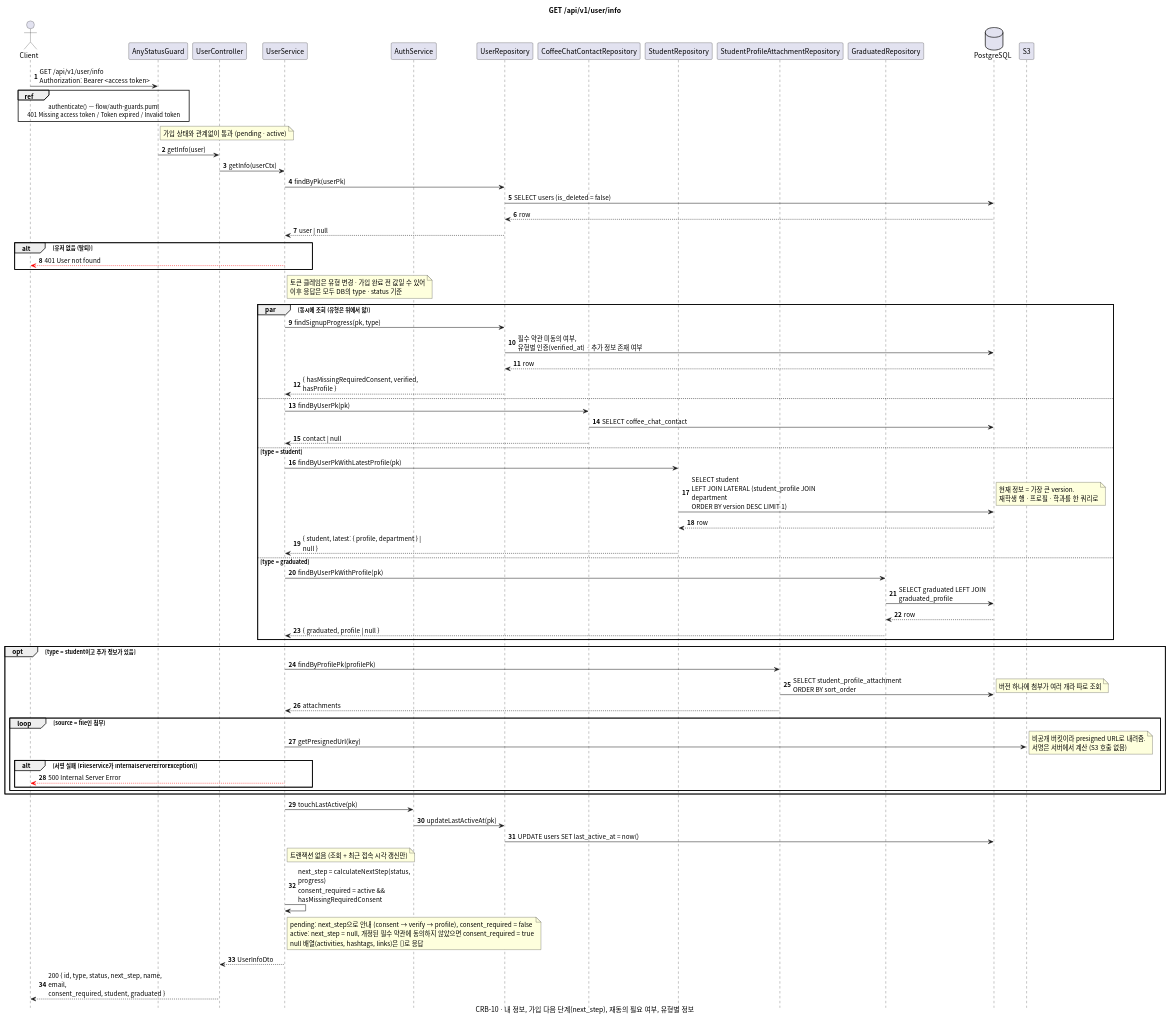
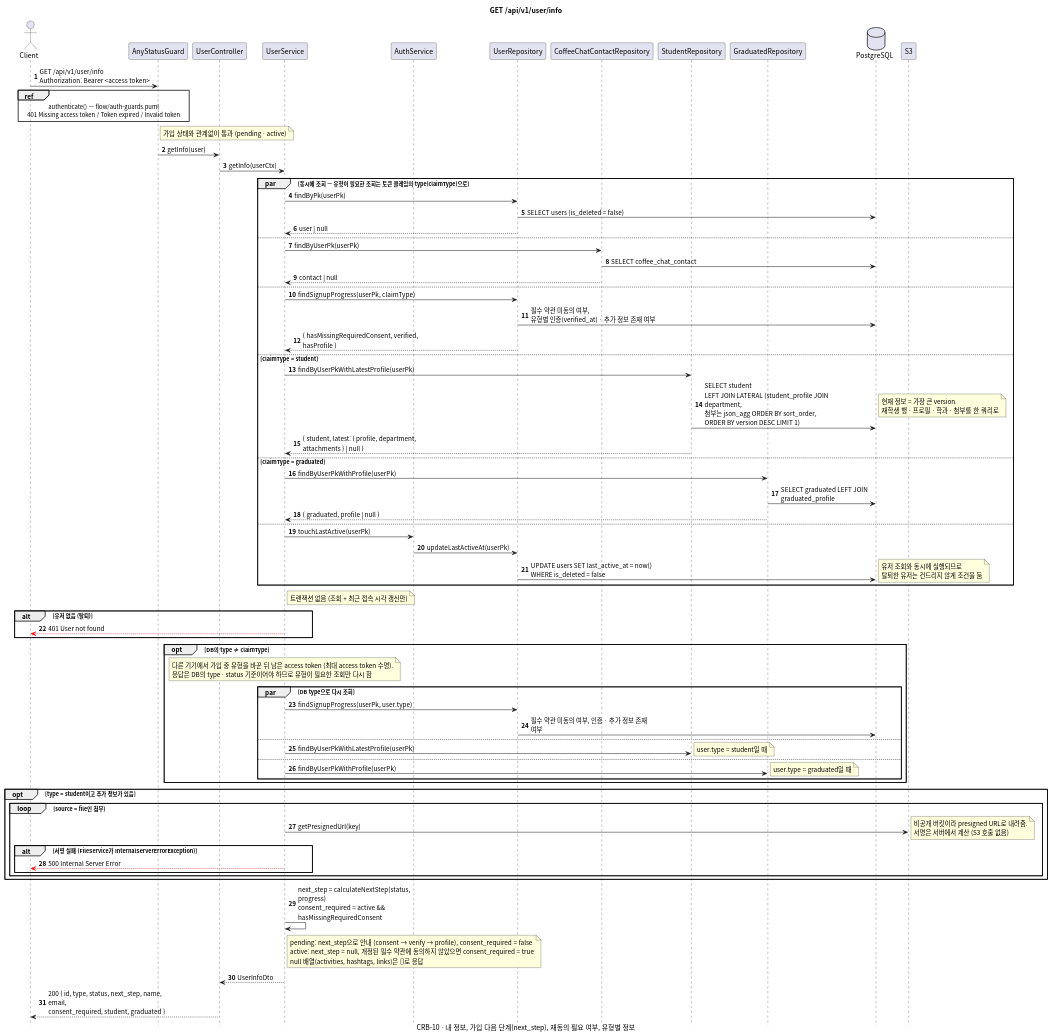
Before and after one commit to gsainfoteam/cheers-be: the diagram in docs/sequence/user/get-info.puml, drawn with PlantUML. The commit also changed 5 other files, not shown here.

First line of the commit message:
- refactor: query user info in parallel by token type and merge attachments with json_agg

```diff
--- a/docs/sequence/user/get-info.puml
+++ b/docs/sequence/user/get-info.puml
@@ -1,95 +1,101 @@
 @startuml get-info
 skinparam defaultFontName "Apple SD Gothic Neo", "Noto Sans CJK KR", sans-serif
 skinparam responseMessageBelowArrow true
 skinparam sequenceMessageAlign left
 skinparam maxMessageSize 260
 skinparam BoxPadding 8
 skinparam shadowing false
 autonumber
 hide footbox
 
 title GET /api/v1/user/info
 caption CRB-10 · 내 정보, 가입 다음 단계(next_step), 재동의 필요 여부, 유형별 정보
 
 actor Client
 participant "AnyStatusGuard" as Guard
 participant "UserController" as Controller
 participant "UserService" as Service
 participant "AuthService" as AuthService
 participant "UserRepository" as UserRepository
 participant "CoffeeChatContactRepository" as CoffeeChatContactRepository
 participant "StudentRepository" as StudentRepository
-participant "StudentProfileAttachmentRepository" as StudentProfileAttachmentRepository
 participant "GraduatedRepository" as GraduatedRepository
 database PostgreSQL
 participant "S3"
 
 Client -> Guard: GET /api/v1/user/info\nAuthorization: Bearer <access token>
 ref over Client, Guard: authenticate() — flow/auth-guards.puml\n401 Missing access token / Token expired / Invalid token
 note right of Guard: 가입 상태와 관계없이 통과 (pending · active)
 Guard -> Controller: getInfo(user)
 Controller -> Service: getInfo(userCtx)
 
-Service -> UserRepository: findByPk(userPk)
-UserRepository -> PostgreSQL: SELECT users (is_deleted = false)
-PostgreSQL --> UserRepository: row
-UserRepository --> Service: user | null
+par 동시에 조회 — 유형이 필요한 조회는 토큰 클레임의 type(claimType)으로
+  Service -> UserRepository: findByPk(userPk)
+  UserRepository -> PostgreSQL: SELECT users (is_deleted = false)
+  UserRepository --> Service: user | null
+else
+  Service -> CoffeeChatContactRepository: findByUserPk(userPk)
+  CoffeeChatContactRepository -> PostgreSQL: SELECT coffee_chat_contact
+  CoffeeChatContactRepository --> Service: contact | null
+else
+  Service -> UserRepository: findSignupProgress(userPk, claimType)
+  UserRepository -> PostgreSQL: 필수 약관 미동의 여부,\n유형별 인증(verified_at) · 추가 정보 존재 여부
+  UserRepository --> Service: { hasMissingRequiredConsent, verified, hasProfile }
+else claimType = student
+  Service -> StudentRepository: findByUserPkWithLatestProfile(userPk)
+  StudentRepository -> PostgreSQL: SELECT student\nLEFT JOIN LATERAL (student_profile JOIN department,\n첨부는 json_agg ORDER BY sort_order,\nORDER BY version DESC LIMIT 1)
+  note right: 현재 정보 = 가장 큰 version.\n재학생 행 · 프로필 · 학과 · 첨부를 한 쿼리로
+  StudentRepository --> Service: { student, latest: { profile, department, attachments } | null }
+else claimType = graduated
+  Service -> GraduatedRepository: findByUserPkWithProfile(userPk)
+  GraduatedRepository -> PostgreSQL: SELECT graduated LEFT JOIN graduated_profile
+  GraduatedRepository --> Service: { graduated, profile | null }
+else
+  Service -> AuthService: touchLastActive(userPk)
+  AuthService -> UserRepository: updateLastActiveAt(userPk)
+  UserRepository -> PostgreSQL: UPDATE users SET last_active_at = now()\nWHERE is_deleted = false
+  note right: 유저 조회와 동시에 실행되므로\n탈퇴한 유저는 건드리지 않게 조건을 둠
+end
+note right of Service: 트랜잭션 없음 (조회 + 최근 접속 시각 갱신만)
+
 alt 유저 없음 (탈퇴)
   Service -[#red]-> Client: 401 User not found
 end
-note right of Service
-  토큰 클레임은 유형 변경 · 가입 완료 전 값일 수 있어
-  이후 응답은 모두 DB의 type · status 기준
-end note
 
-par 동시에 조회 (유형은 위에서 앎)
-  Service -> UserRepository: findSignupProgress(pk, type)
-  UserRepository -> PostgreSQL: 필수 약관 미동의 여부,\n유형별 인증(verified_at) · 추가 정보 존재 여부
-  PostgreSQL --> UserRepository: row
-  UserRepository --> Service: { hasMissingRequiredConsent, verified, hasProfile }
-else
-  Service -> CoffeeChatContactRepository: findByUserPk(pk)
-  CoffeeChatContactRepository -> PostgreSQL: SELECT coffee_chat_contact
-  CoffeeChatContactRepository --> Service: contact | null
-else type = student
-  Service -> StudentRepository: findByUserPkWithLatestProfile(pk)
-  StudentRepository -> PostgreSQL: SELECT student\nLEFT JOIN LATERAL (student_profile JOIN department\nORDER BY version DESC LIMIT 1)
-  note right: 현재 정보 = 가장 큰 version.\n재학생 행 · 프로필 · 학과를 한 쿼리로
-  PostgreSQL --> StudentRepository: row
-  StudentRepository --> Service: { student, latest: { profile, department } | null }
-else type = graduated
-  Service -> GraduatedRepository: findByUserPkWithProfile(pk)
-  GraduatedRepository -> PostgreSQL: SELECT graduated LEFT JOIN graduated_profile
-  PostgreSQL --> GraduatedRepository: row
-  GraduatedRepository --> Service: { graduated, profile | null }
+opt DB의 type ≠ claimType
+  note over Service
+    다른 기기에서 가입 중 유형을 바꾼 뒤 남은 access token (최대 access token 수명).
+    응답은 DB의 type · status 기준이어야 하므로 유형이 필요한 조회만 다시 함
+  end note
+  par DB type으로 다시 조회
+    Service -> UserRepository: findSignupProgress(userPk, user.type)
+    UserRepository -> PostgreSQL: 필수 약관 미동의 여부, 인증 · 추가 정보 존재 여부
+  else
+    Service -> StudentRepository: findByUserPkWithLatestProfile(userPk)
+    note right: user.type = student일 때
+  else
+    Service -> GraduatedRepository: findByUserPkWithProfile(userPk)
+    note right: user.type = graduated일 때
+  end
 end
 
 opt type = student이고 추가 정보가 있음
-  Service -> StudentProfileAttachmentRepository: findByProfilePk(profilePk)
-  StudentProfileAttachmentRepository -> PostgreSQL: SELECT student_profile_attachment ORDER BY sort_order
-  note right: 버전 하나에 첨부가 여러 개라 따로 조회
-  StudentProfileAttachmentRepository --> Service: attachments
   loop source = file인 첨부
     Service -> S3: getPresignedUrl(key)
     note right: 비공개 버킷이라 presigned URL로 내려줌.\n서명은 서버에서 계산 (S3 호출 없음)
     alt 서명 실패 (FileService가 InternalServerErrorException)
       Service -[#red]-> Client: 500 Internal Server Error
     end
   end
 end
-
-Service -> AuthService: touchLastActive(pk)
-AuthService -> UserRepository: updateLastActiveAt(pk)
-UserRepository -> PostgreSQL: UPDATE users SET last_active_at = now()
-note right of Service: 트랜잭션 없음 (조회 + 최근 접속 시각 갱신만)
 
 Service -> Service: next_step = calculateNextStep(status, progress)\nconsent_required = active && hasMissingRequiredConsent
 note right of Service
   pending: next_step으로 안내 (consent → verify → profile), consent_required = false
   active: next_step = null, 개정된 필수 약관에 동의하지 않았으면 consent_required = true
   null 배열(activities, hashtags, links)은 []로 응답
 end note
 Service --> Controller: UserInfoDto
 Controller --> Client: 200 { id, type, status, next_step, name, email,\nconsent_required, student, graduated }
 
 @enduml
```
